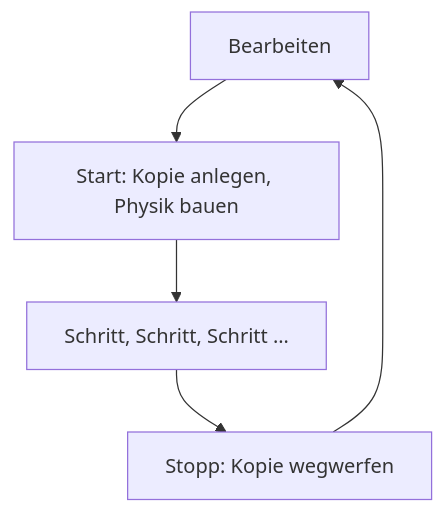
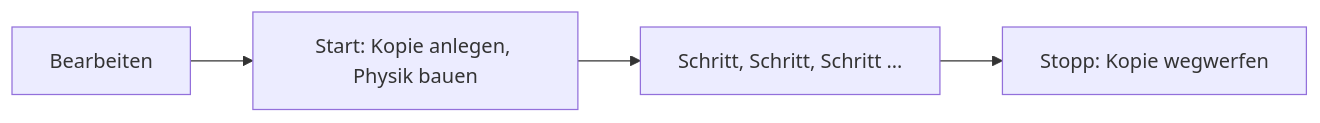
One commit to ChristianHohlfeld/kernengine.de changed the first of 2 diagrams in kern/docs/buch-gruen/08-spiel-laufzeit.md. Above: the diagram before and after it, drawn with Mermaid. The commit also changed other lines of this file and 9 other files, not shown here.

````diff
--- a/kern/docs/buch-gruen/08-spiel-laufzeit.md
+++ b/kern/docs/buch-gruen/08-spiel-laufzeit.md
@@ -35,7 +35,7 @@
 ```mermaid
-flowchart TB
+%% Bildunterschrift: Der Lebenslauf einer Spielwelt – nach dem Stopp geht es zurück zum Bearbeiten
+flowchart LR
   A[Bearbeiten] --> B[Start: Kopie anlegen, Physik bauen]
   B --> C[Schritt, Schritt, Schritt …]
   C --> D[Stopp: Kopie wegwerfen]
-  D --> A
 ```
````
